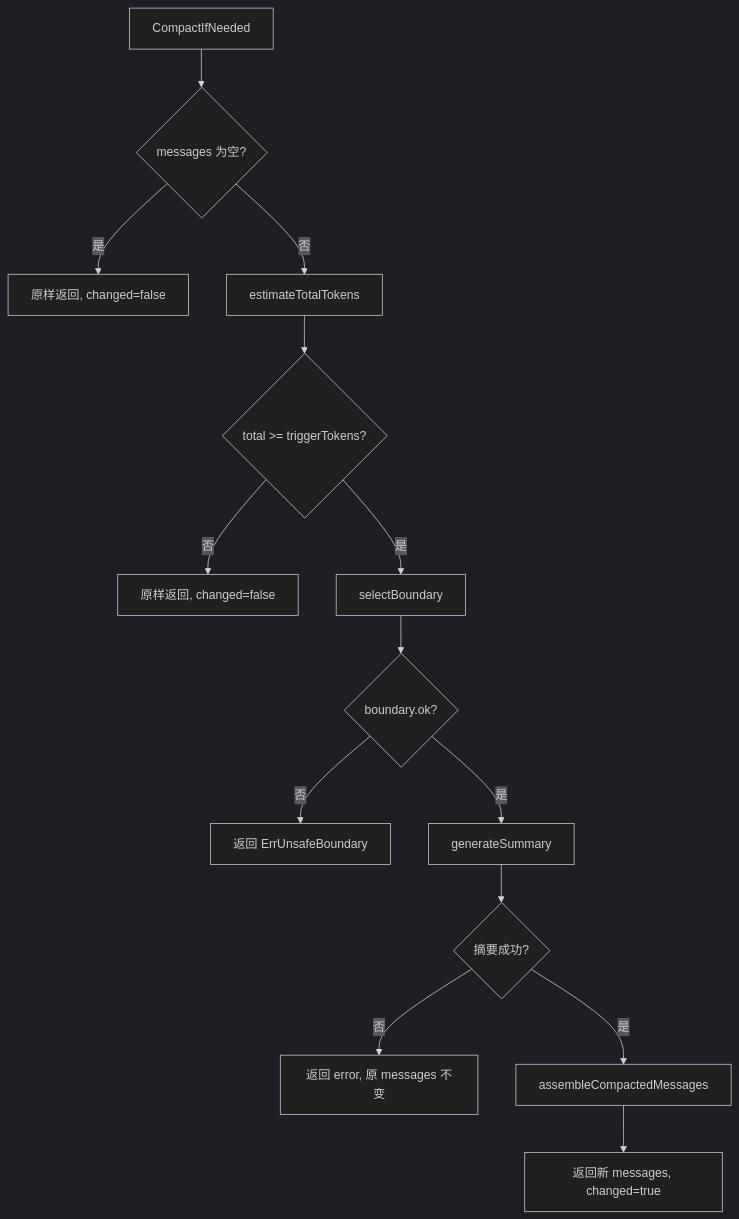
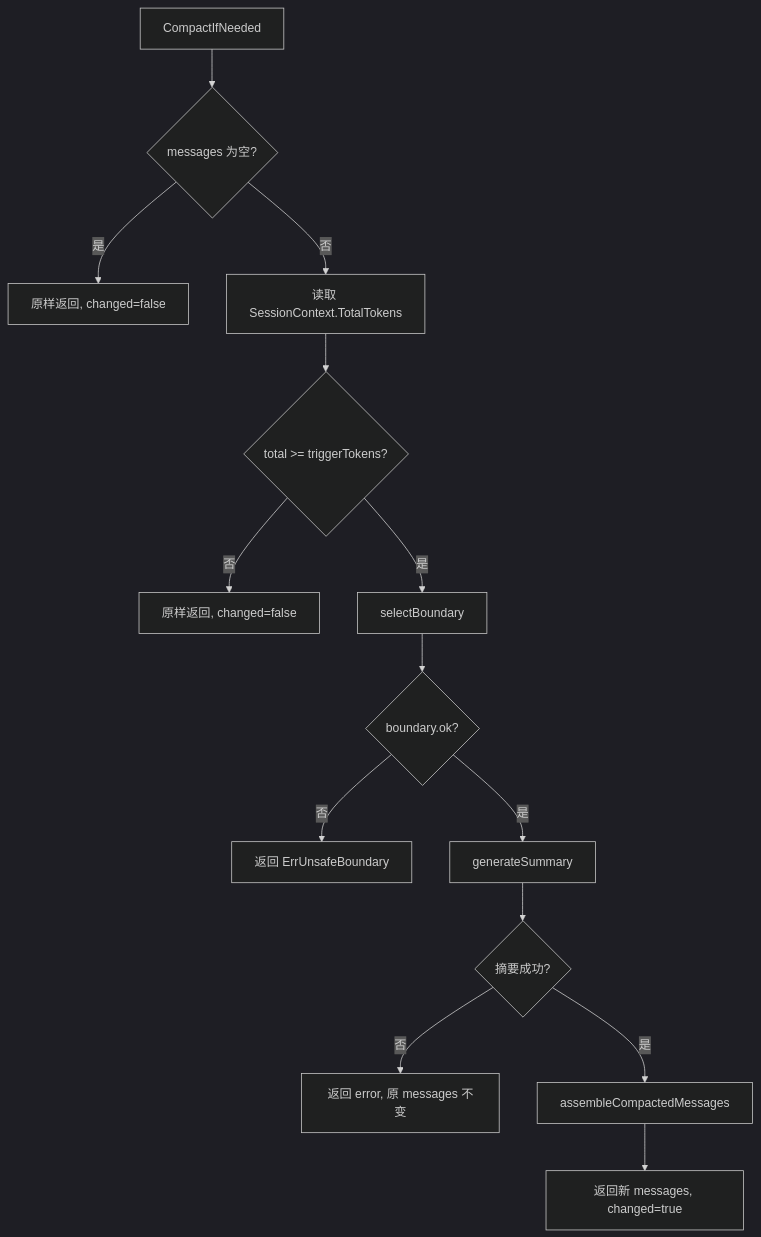
Before and after one commit to HappyLadySauce/HappyLadySauceCLI: the first of 2 diagrams in internal/context/compact/README.md, drawn with Mermaid (dark theme). The commit also changed other lines of this file and 25 other files, not shown here.

First line of the commit message:
Refactor context compaction mechanism to utilize session total for triggering

````diff
--- a/internal/context/compact/README.md
+++ b/internal/context/compact/README.md
@@ -11,16 +11,16 @@
 ```mermaid
 flowchart TD
     A[CompactIfNeeded] --> B{messages 为空?}
     B -->|是| Z1[原样返回, changed=false]
-    B -->|否| C[estimateTotalTokens]
+    B -->|否| C[读取 SessionContext.TotalTokens]
     C --> D{total >= triggerTokens?}
     D -->|否| Z2[原样返回, changed=false]
     D -->|是| E[selectBoundary]
     E --> F{boundary.ok?}
     F -->|否| Z3[返回 ErrUnsafeBoundary]
     F -->|是| G[generateSummary]
     G --> H{摘要成功?}
     H -->|否| Z4[返回 error, 原 messages 不变]
     H -->|是| I[assembleCompactedMessages]
     I --> Z5[返回新 messages, changed=true]
 ```
````
